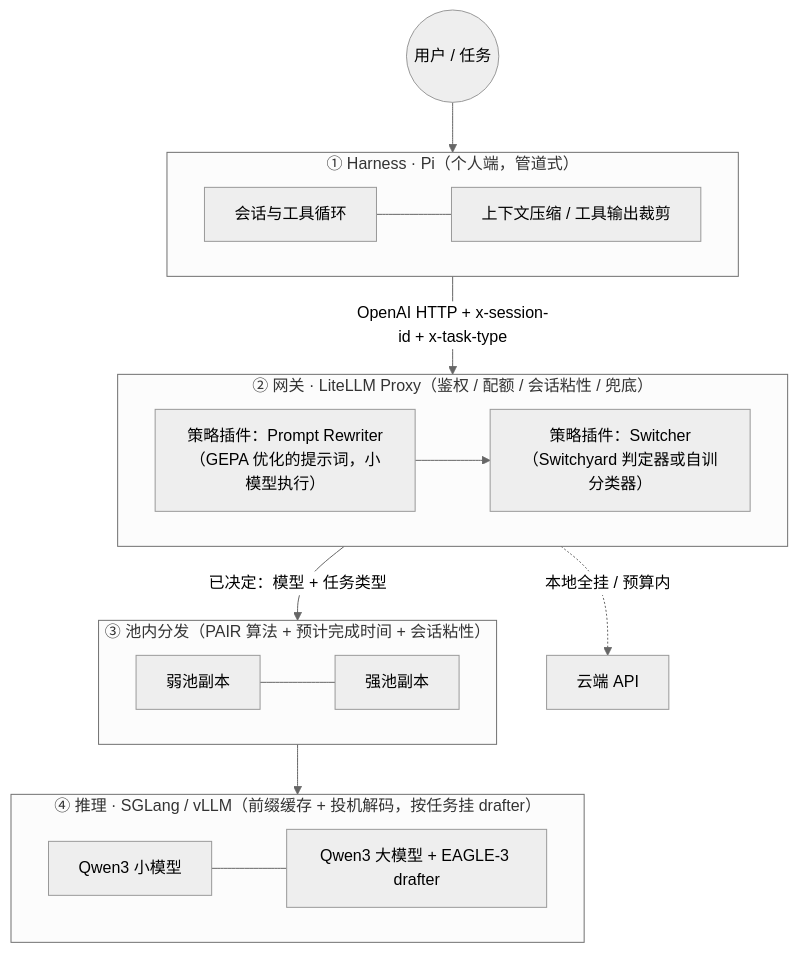
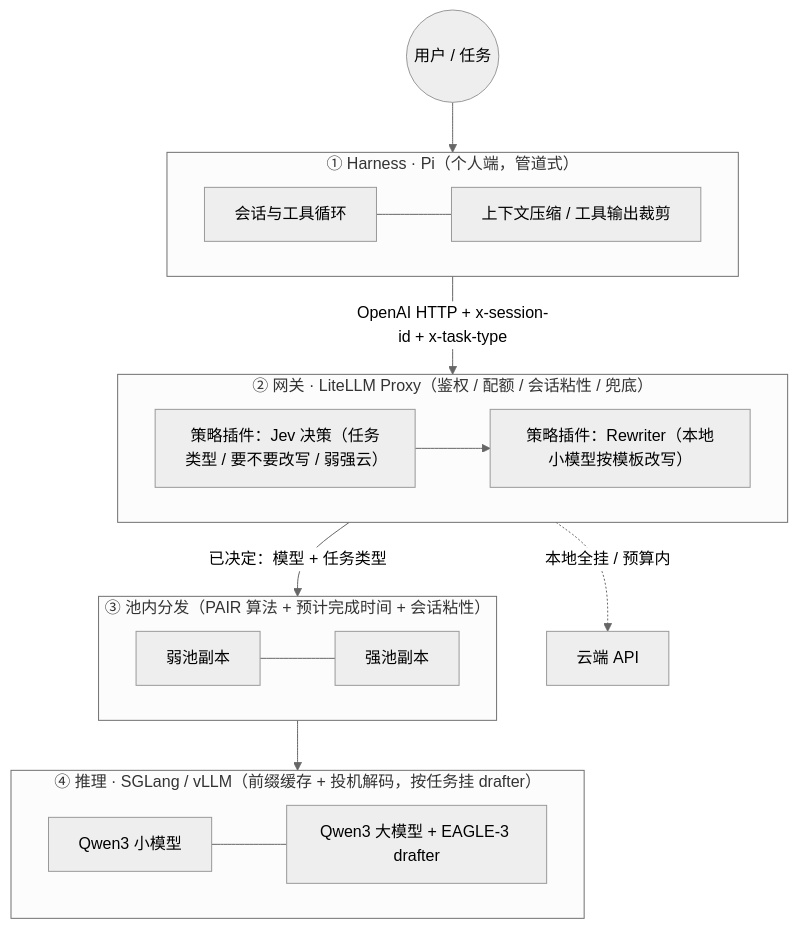
Before and after one commit to murphyren225/local_infer: the diagram in docs/agent-stack-draft.md, drawn with Mermaid (neutral theme). The commit also changed other lines of this file, not shown here.

Commit message:
docs: switcher decision model is Jev (TypeSafe System One), not RL/GEPA; note API-only data-egress constraint

````diff
--- a/docs/agent-stack-draft.md
+++ b/docs/agent-stack-draft.md
@@ -8,26 +8,26 @@
 ```mermaid
 flowchart TD
     U(("用户 / 任务")) --> H
     subgraph H["① Harness · Pi（个人端，管道式）"]
         direction LR
         H1["会话与工具循环"] --- H2["上下文压缩 / 工具输出裁剪"]
     end
     H -- "OpenAI HTTP + x-session-id + x-task-type" --> G
     subgraph G["② 网关 · LiteLLM Proxy（鉴权 / 配额 / 会话粘性 / 兜底）"]
         direction LR
-        P1["策略插件：Prompt Rewriter（GEPA 优化的提示词，小模型执行）"]
-        P2["策略插件：Switcher（Switchyard 判定器或自训分类器）"]
+        P1["策略插件：Jev 决策（任务类型 / 要不要改写 / 弱强云）"]
+        P2["策略插件：Rewriter（本地小模型按模板改写）"]
         P1 --> P2
     end
     G -- "已决定：模型 + 任务类型" --> LB
     subgraph LB["③ 池内分发（PAIR 算法 + 预计完成时间 + 会话粘性）"]
         direction LR
         L1["弱池副本"] --- L2["强池副本"]
     end
     LB --> E
     subgraph E["④ 推理 · SGLang / vLLM（前缀缓存 + 投机解码，按任务挂 drafter）"]
         direction LR
         E1["Qwen3 小模型"] --- E2["Qwen3 大模型 + EAGLE-3 drafter"]
     end
     G -. "本地全挂 / 预算内" .-> C["云端 API"]
 ```
````
